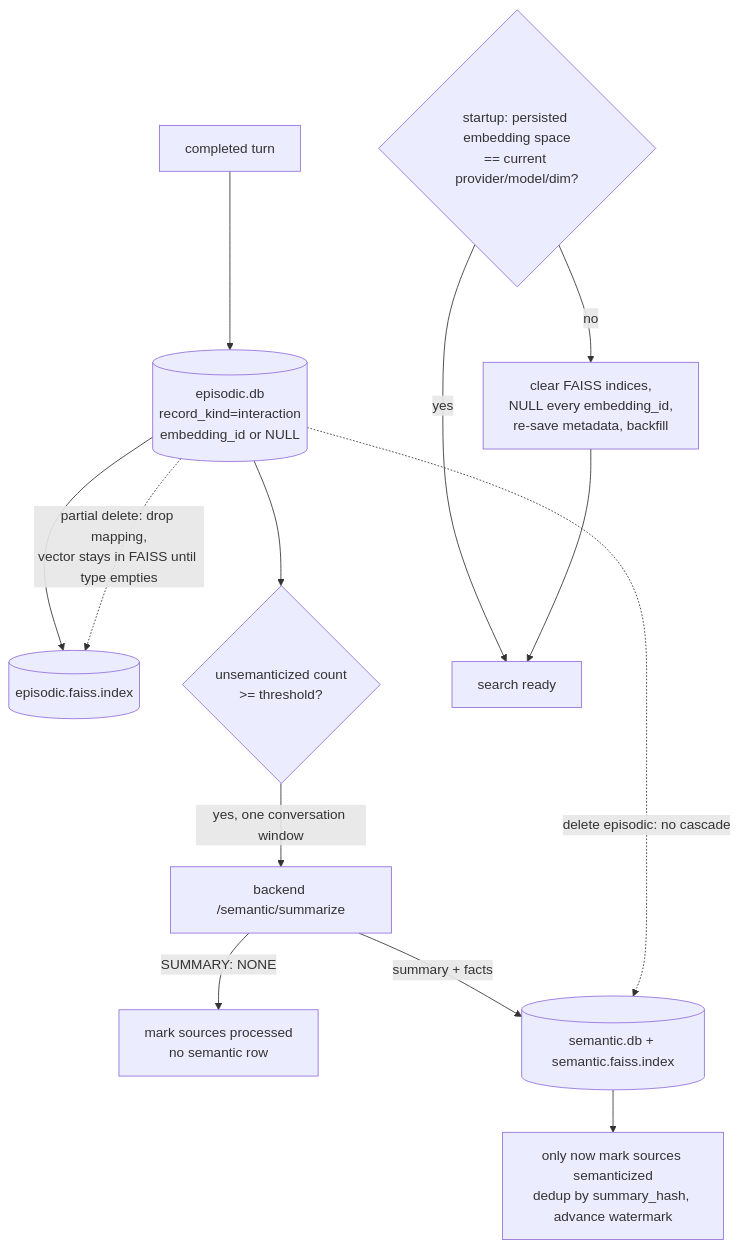
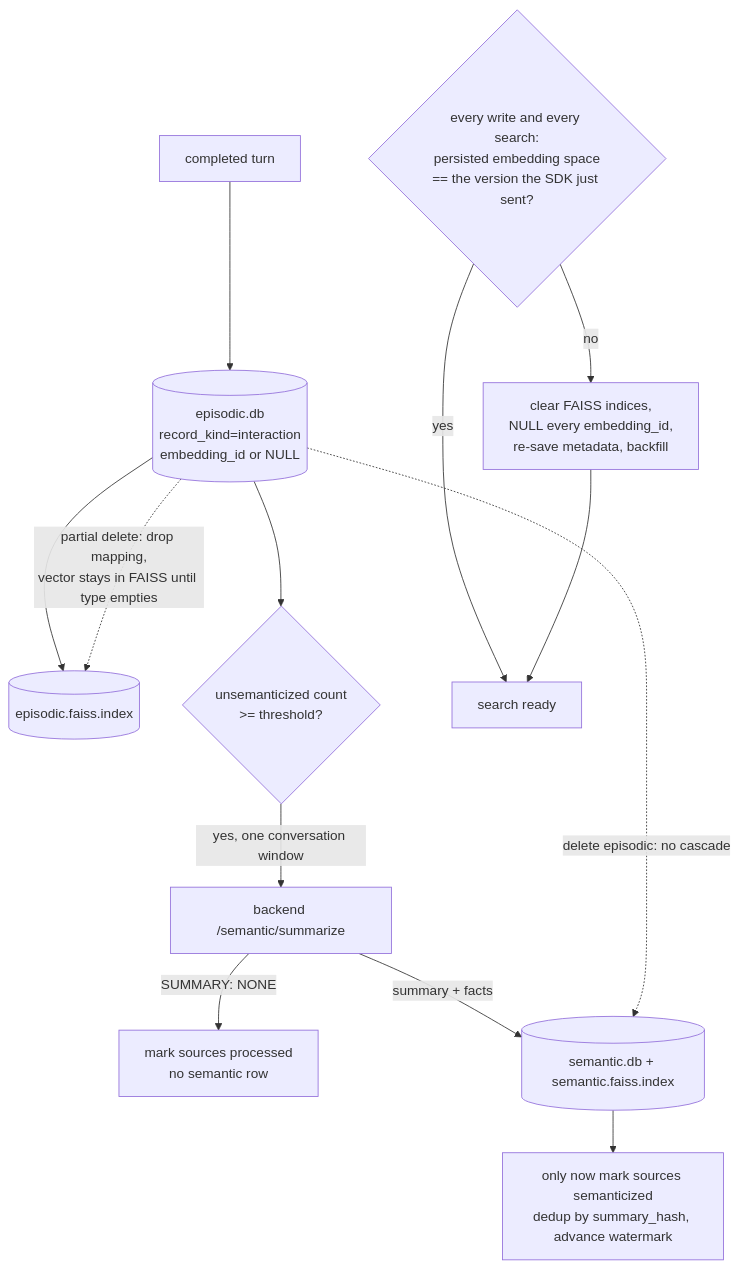
Before and after one commit to neoneye/agent-memory-atlas: the diagram in content/systems/windieos.md, drawn with Mermaid. The commit also changed other lines of this file and 6 other files, not shown here.

First line of the commit message:
WindieOS re-read at da2dead: the embedding-space check runs per operation, and the user filter is a post-filter

````diff
--- a/content/systems/windieos.md
+++ b/content/systems/windieos.md
@@ -116,16 +119,16 @@
 ```mermaid
 %% caption: episodic rolls up into semantic, and the embedding space that built each index is checked before any vector is trusted
 flowchart TB
     Turn["completed turn"] --> Ep[("episodic.db<br/>record_kind=interaction<br/>embedding_id or NULL")]
     Ep --> EpVec[("episodic.faiss.index")]
     Ep --> Gate{"unsemanticized count<br/>>= threshold?"}
     Gate -->|"yes, one conversation window"| Sum["backend /semantic/summarize"]
     Sum -->|"SUMMARY: NONE"| Mark["mark sources processed<br/>no semantic row"]
     Sum -->|"summary + facts"| Sem[("semantic.db + semantic.faiss.index")]
     Sem --> MarkOK["only now mark sources semanticized<br/>dedup by summary_hash, advance watermark"]
-    Start{"startup: persisted embedding space<br/>== current provider/model/dim?"} -->|"yes"| Ready["search ready"]
+    Start{"every write and every search:<br/>persisted embedding space<br/>== the version the SDK just sent?"} -->|"yes"| Ready["search ready"]
     Start -->|"no"| Rebuild["clear FAISS indices,<br/>NULL every embedding_id,<br/>re-save metadata, backfill"]
     Rebuild --> Ready
     Ep -.->|"delete episodic: no cascade"| Sem
     Ep -.->|"partial delete: drop mapping,<br/>vector stays in FAISS until type empties"| EpVec
 ```
````
